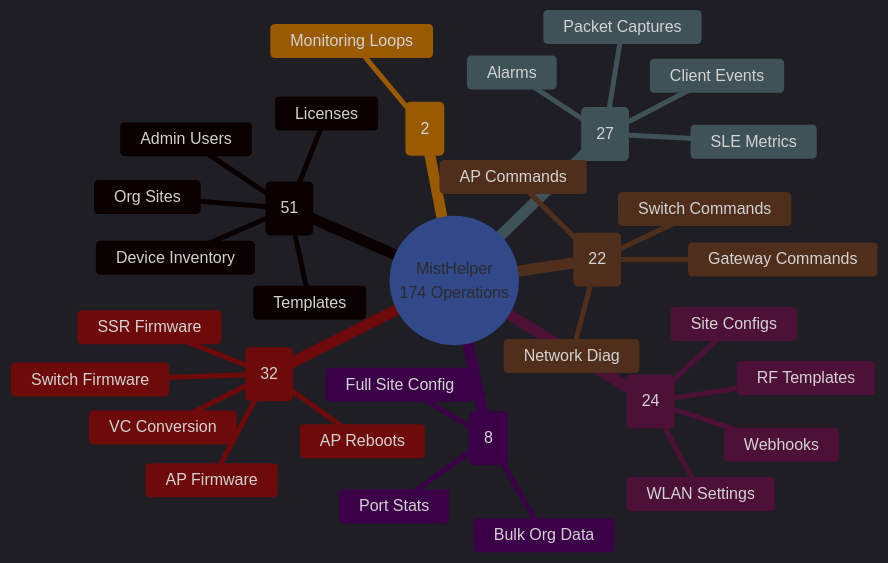
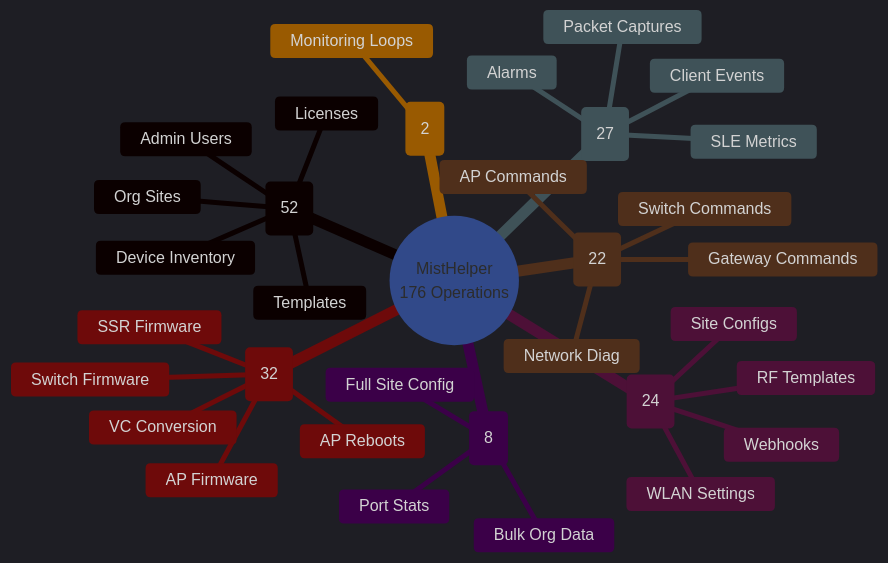
The second of 2 diagrams in README.md (jmorrison-juniper/MistHelper), drawn with Mermaid before and after one commit. The commit also changed other lines of this file and 12 other files, not shown here.

First line of the commit message:
feat(MistHelper.py): add org config export/import (Menu 176/177)

````diff
--- a/README.md
+++ b/README.md
@@ -96,47 +96,47 @@
 ```mermaid
 %%{init: {'theme': 'dark', 'themeVariables': {
   'primaryColor': '#E20074',
   'primaryTextColor': '#E0E0E0',
   'primaryBorderColor': '#99004D',
   'lineColor': '#FF4DA6',
   'secondaryColor': '#16213E',
   'tertiaryColor': '#1A1A2E',
   'fontFamily': 'ui-monospace, monospace'
 }}}%%
 mindmap
-  root((MistHelper<br/>174 Operations))
-    Safe (51)
+  root((MistHelper<br/>176 Operations))
+    Safe (52)
       Org Sites
       Device Inventory
       Licenses
       Templates
       Admin Users
     Interactive Safe (24)
       Site Configs
       WLAN Settings
       RF Templates
       Webhooks
     Interactive (27)
       Packet Captures
       SLE Metrics
       Client Events
       Alarms
     WebSocket (22)
       AP Commands
       Switch Commands
       Gateway Commands
       Network Diag
     Destructive (32)
       ::icon(fa fa-warning)
       AP Firmware
       Switch Firmware
       SSR Firmware
       AP Reboots
       VC Conversion
     Resource Intensive (8)
       Port Stats
       Full Site Config
       Bulk Org Data
     Continuous (2)
       Monitoring Loops
 ```
````
